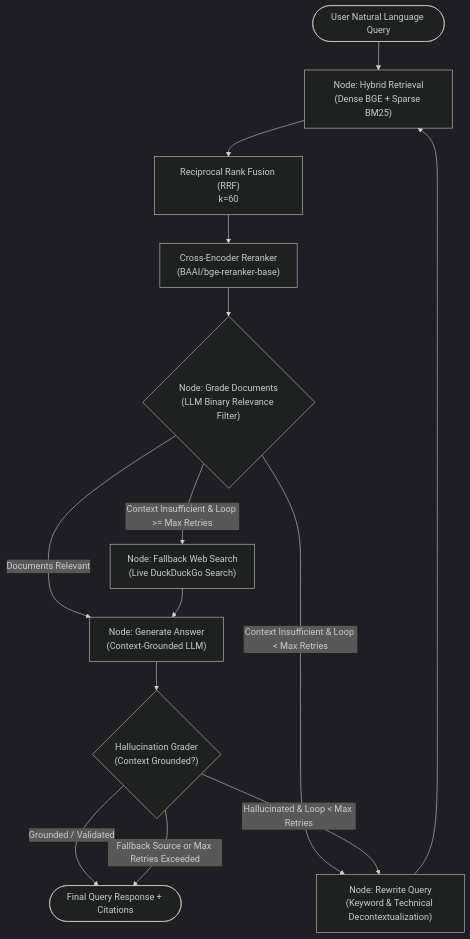
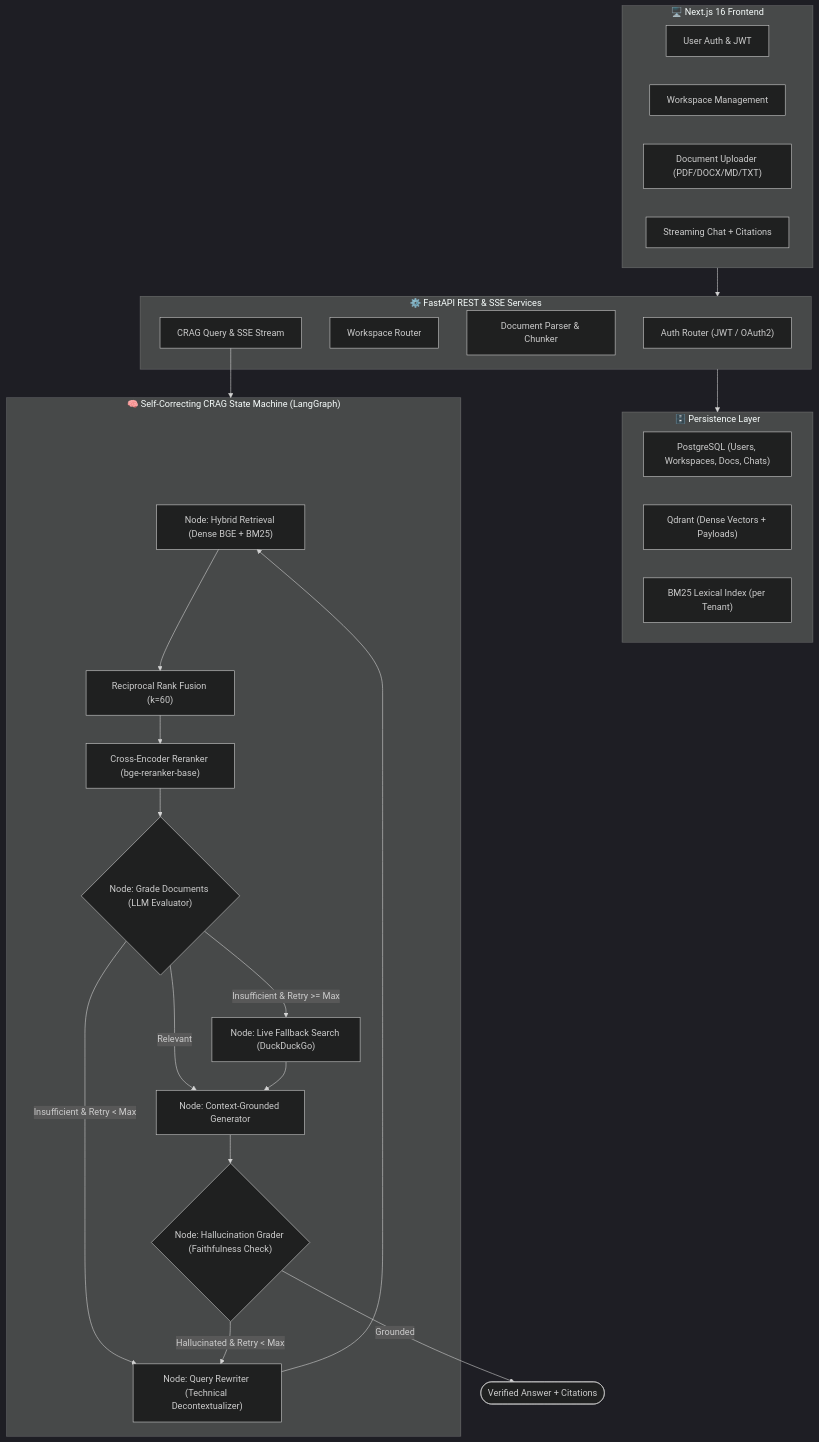
Before and after one commit to Sq1754/Agentic_CRAG: the diagram in README.md, drawn with Mermaid (dark theme). The commit also changed other lines of this file and 64 other files, not shown here.

Commit message:
feat: complete DocuMind full-stack AI knowledge base platform (Next.js 16, FastAPI, PostgreSQL, Qdrant, multi-tenant auth, doc parsing)

````diff
--- a/README.md
+++ b/README.md
@@ -16,21 +17,44 @@
 ```mermaid
 flowchart TD
-    UserQuery([User Natural Language Query]) --> HybridRetrieve["Node: Hybrid Retrieval\n(Dense BGE + Sparse BM25)"]
-    HybridRetrieve --> RRF["Reciprocal Rank Fusion (RRF)\nk=60"]
-    RRF --> CrossEncoder["Cross-Encoder Reranker\n(BAAI/bge-reranker-base)"]
-    CrossEncoder --> GradeDocs{"Node: Grade Documents\n(LLM Binary Relevance Filter)"}
-    
-    %% Document Grading Decision
-    GradeDocs -- "Documents Relevant" --> Generate["Node: Generate Answer\n(Context-Grounded LLM)"]
-    GradeDocs -- "Context Insufficient & Loop < Max Retries" --> RewriteQuery["Node: Rewrite Query\n(Keyword & Technical Decontextualization)"]
-    GradeDocs -- "Context Insufficient & Loop >= Max Retries" --> WebFallback["Node: Fallback Web Search\n(Live DuckDuckGo Search)"]
-    
-    RewriteQuery --> HybridRetrieve
-    WebFallback --> Generate
-    
-    %% Post-Generation Verification
-    Generate --> HallucinationCheck{"Hallucination Grader\n(Context Grounded?)"}
-    HallucinationCheck -- "Grounded / Validated" --> Output([Final Query Response + Citations])
-    HallucinationCheck -- "Hallucinated & Loop < Max Retries" --> RewriteQuery
-    HallucinationCheck -- "Fallback Source or Max Retries Exceeded" --> Output
+    subgraph Frontend["🖥️ Next.js 16 Frontend"]
+        AuthUI["User Auth & JWT"]
+        WorkspaceUI["Workspace Management"]
+        UploadUI["Document Uploader (PDF/DOCX/MD/TXT)"]
+        ChatUI["Streaming Chat + Citations"]
+    end
+
+    subgraph Backend["⚙️ FastAPI REST & SSE Services"]
+        AuthRouter["Auth Router (JWT / OAuth2)"]
+        WSRouter["Workspace Router"]
+        DocRouter["Document Parser & Chunker"]
+        CRAGRouter["CRAG Query & SSE Stream"]
+    end
+
+    subgraph Storage["🗄️ Persistence Layer"]
+        PG["PostgreSQL (Users, Workspaces, Docs, Chats)"]
+        QdrantDB["Qdrant (Dense Vectors + Payloads)"]
+        BM25Registry["BM25 Lexical Index (per Tenant)"]
+    end
+
+    subgraph AgenticCRAG["🧠 Self-Correcting CRAG State Machine (LangGraph)"]
+        Retrieve["Node: Hybrid Retrieval (Dense BGE + BM25)"]
+        RRF["Reciprocal Rank Fusion (k=60)"]
+        Reranker["Cross-Encoder Reranker (bge-reranker-base)"]
+        Grade{"Node: Grade Documents (LLM Evaluator)"}
+        Rewrite["Node: Query Rewriter (Technical Decontextualizer)"]
+        WebSearch["Node: Live Fallback Search (DuckDuckGo)"]
+        Generate["Node: Context-Grounded Generator"]
+        Hallucinate{"Node: Hallucination Grader (Faithfulness Check)"}
+    end
+
+    Frontend --> Backend
+    Backend --> Storage
+    CRAGRouter --> AgenticCRAG
+    Retrieve --> RRF --> Reranker --> Grade
+    Grade -- "Relevant" --> Generate
+    Grade -- "Insufficient & Retry < Max" --> Rewrite --> Retrieve
+    Grade -- "Insufficient & Retry >= Max" --> WebSearch --> Generate
+    Generate --> Hallucinate
+    Hallucinate -- "Grounded" --> FinalAnswer([Verified Answer + Citations])
+    Hallucinate -- "Hallucinated & Retry < Max" --> Rewrite
 ```
````
